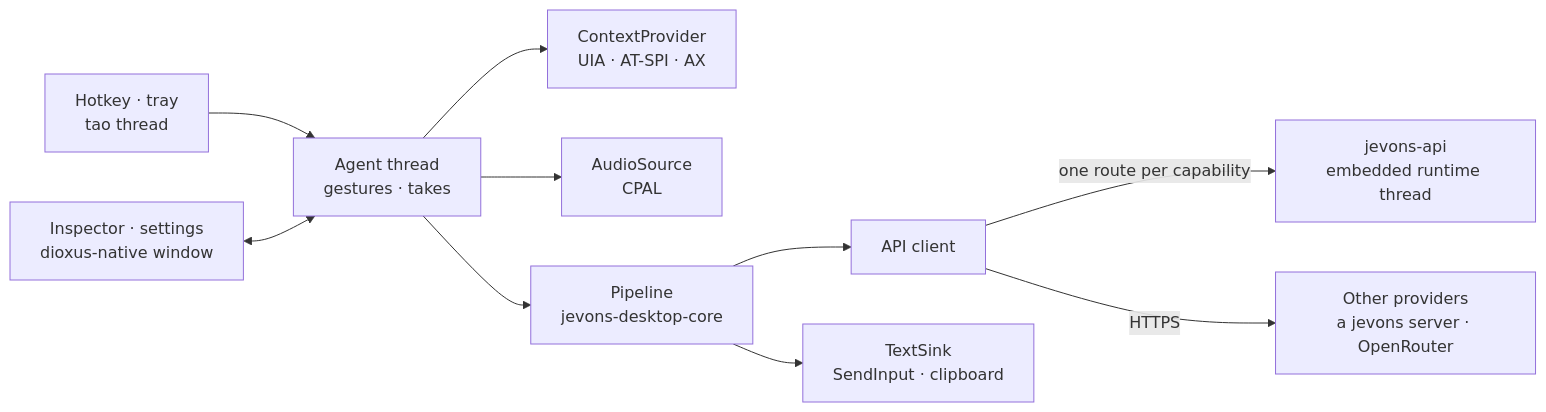
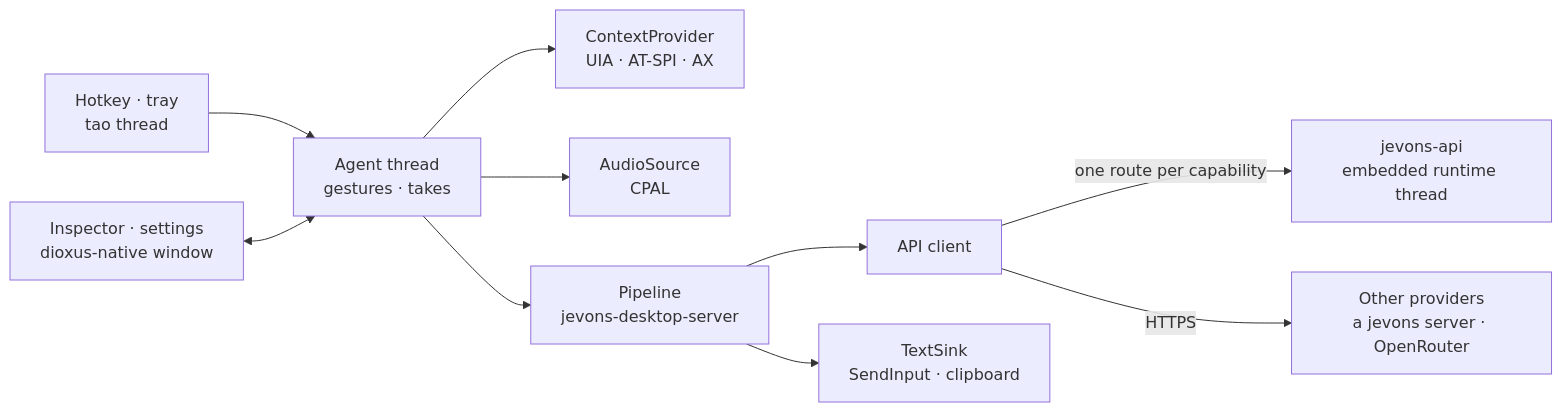
Before and after one commit to zojeda/jevons-rs: the diagram in docs/desktop.md, drawn with Mermaid. The commit also changed other lines of this file and 93 other files, not shown here.

First line of the commit message:
The desktop server is its own crate, and the settings are two files

````diff
--- a/docs/desktop.md
+++ b/docs/desktop.md
@@ -445,12 +445,12 @@
 ```mermaid
 flowchart LR
     hotkey["Hotkey · tray<br/>tao thread"] --> agent
     inspector["Inspector · settings<br/>dioxus-native window"] <--> agent
     agent["Agent thread<br/>gestures · takes"] --> context["ContextProvider<br/>UIA · AT-SPI · AX"]
     agent --> mic["AudioSource<br/>CPAL"]
-    agent --> pipeline["Pipeline<br/>jevons-desktop-core"]
+    agent --> pipeline["Pipeline<br/>jevons-desktop-server"]
     pipeline --> client["API client"]
     client -- "one route per capability" --> api["jevons-api<br/>embedded runtime thread"]
     client -- "HTTPS" --> providers["Other providers<br/>a jevons server · OpenRouter"]
     pipeline --> sink["TextSink<br/>SendInput · clipboard"]
 ```
````
